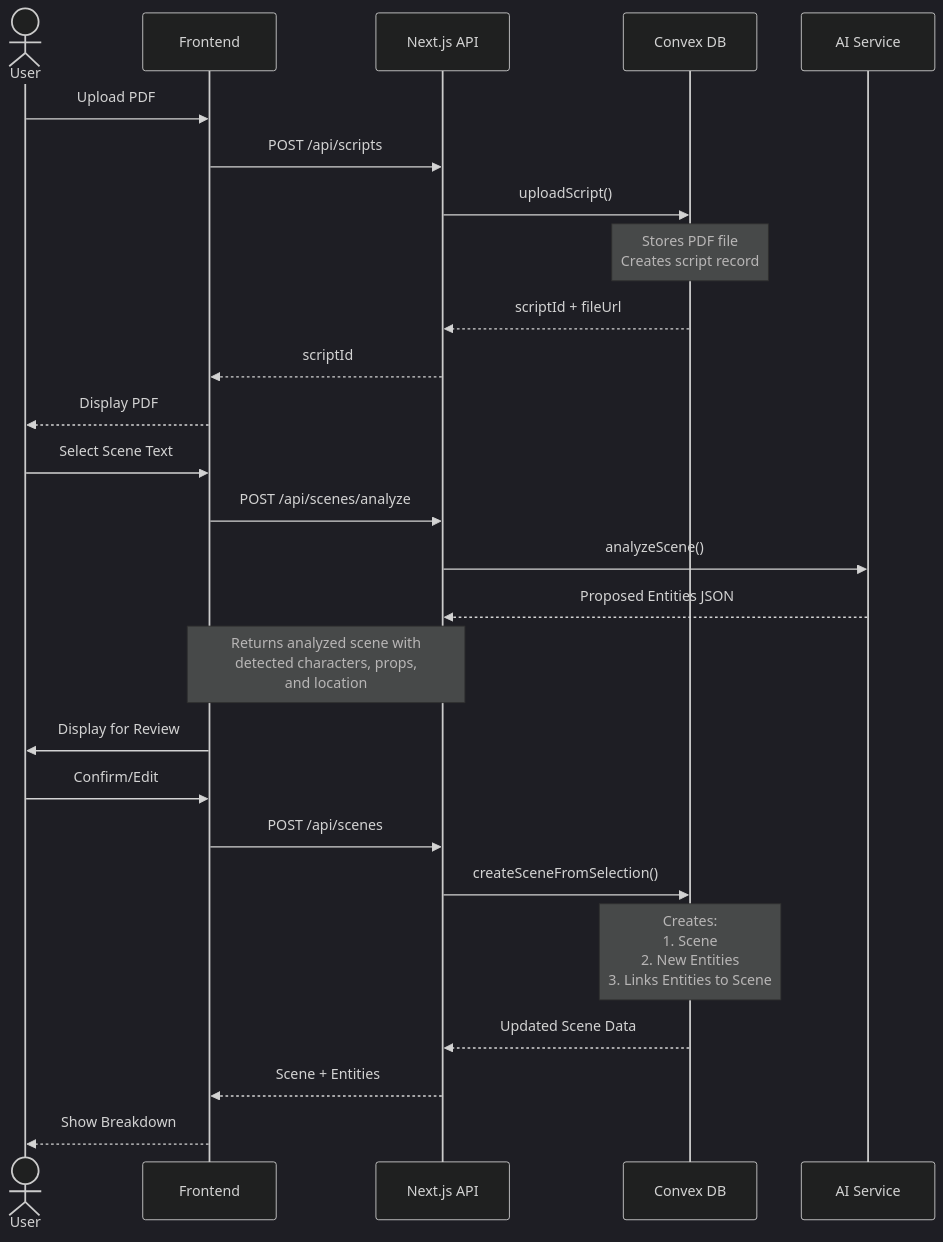
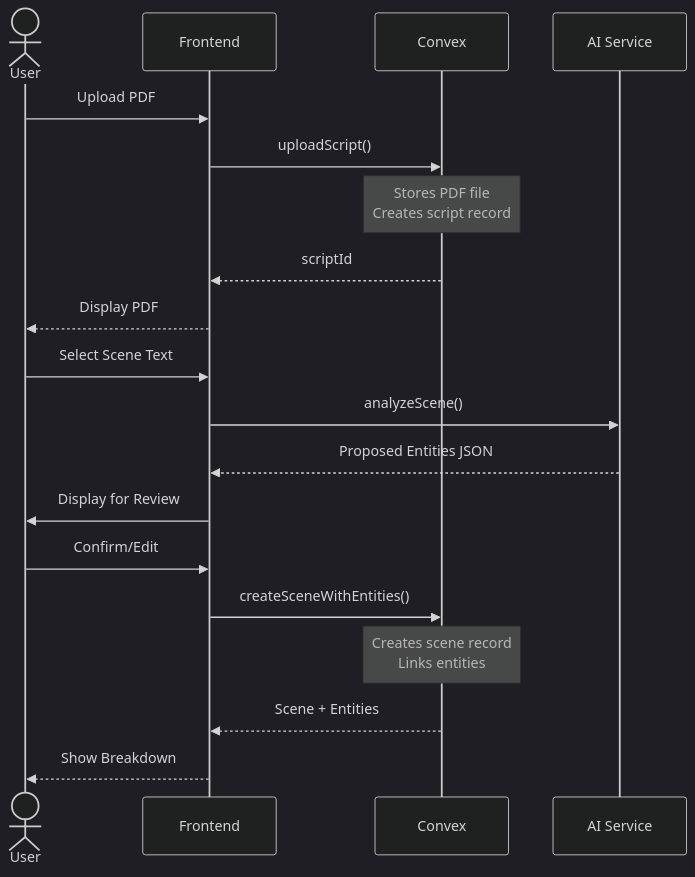
The diagram in docs/backend.md (PierreTsia/script-flow), drawn with Mermaid (dark theme) before and after one commit. The commit also changed other lines of this file and 21 other files, not shown here.

````diff
--- a/docs/backend.md
+++ b/docs/backend.md
@@ -177,33 +177,26 @@
 ```mermaid
 sequenceDiagram
     actor U as User
     participant F as Frontend
-    participant N as Next.js API
-    participant C as Convex DB
+    participant C as Convex
     participant AI as AI Service
     
     U->>F: Upload PDF
-    F->>N: POST /api/scripts
-    N->>C: uploadScript()
+    F->>C: uploadScript()
     Note over C: Stores PDF file<br/>Creates script record
-    C-->>N: scriptId + fileUrl
-    N-->>F: scriptId
+    C-->>F: scriptId
     
     F-->>U: Display PDF
     
     U->>F: Select Scene Text
-    F->>N: POST /api/scenes/analyze
-    N->>AI: analyzeScene()
-    AI-->>N: Proposed Entities JSON
-    Note over N,F: Returns analyzed scene with<br/>detected characters, props,<br/>and location
+    F->>AI: analyzeScene()
+    AI-->>F: Proposed Entities JSON
     
     F->>U: Display for Review
     
     U->>F: Confirm/Edit
-    F->>N: POST /api/scenes
-    N->>C: createSceneFromSelection()
-    Note over C: Creates:<br/>1. Scene<br/>2. New Entities<br/>3. Links Entities to Scene
-    C-->>N: Updated Scene Data
-    N-->>F: Scene + Entities
+    F->>C: createSceneWithEntities()
+    Note over C: Creates scene record<br/>Links entities
+    C-->>F: Scene + Entities
     F-->>U: Show Breakdown
 ```
````
